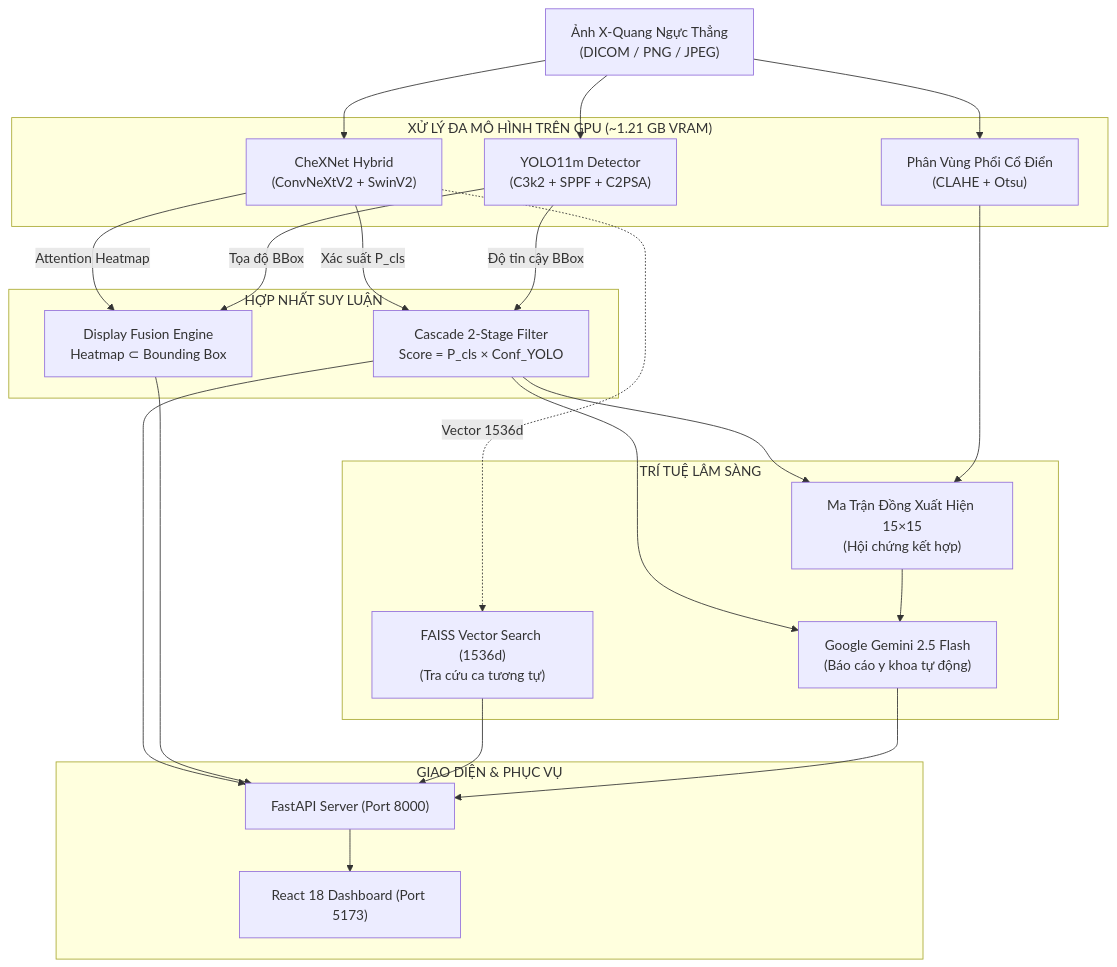
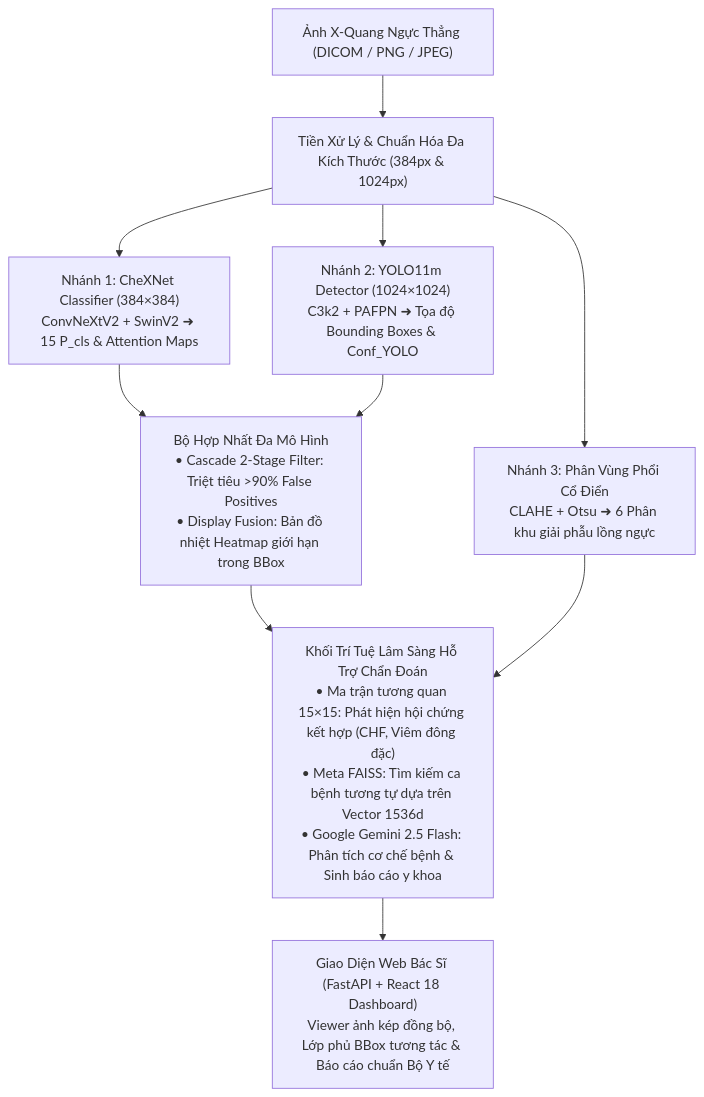
The first of 6 diagrams in README.md (lecuong2512/CheXNet), drawn with Mermaid before and after one commit. The commit also changed other lines of this file, not shown here.

Commit message:
docs: redraw 6 modular flowcharts without crossing arrows and fix formula rendering

````diff
--- a/README.md
+++ b/README.md
@@ -75,48 +75,16 @@
 ```mermaid
 flowchart TB
-    IN["Ảnh X-Quang Ngực Thẳng<br/>(DICOM / PNG / JPEG)"]
-    
-    subgraph INFERENCE["XỬ LÝ ĐA MÔ HÌNH TRÊN GPU (~1.21 GB VRAM)"]
-        CHEX["CheXNet Hybrid<br/>(ConvNeXtV2 + SwinV2)"]
-        YOLO["YOLO11m Detector<br/>(C3k2 + SPPF + C2PSA)"]
-        OTSU["Phân Vùng Phổi Cổ Điển<br/>(CLAHE + Otsu)"]
-    end
+    IN["Ảnh X-Quang Ngực Thẳng (DICOM / PNG / JPEG)"] --> PRE["Tiền Xử Lý & Chuẩn Hóa Đa Kích Thước (384px & 1024px)"]
 
-    subgraph FUSION["HỢP NHẤT SUY LUẬN"]
-        CASCADE["Cascade 2-Stage Filter<br/>Score = P_cls × Conf_YOLO"]
-        DISPLAY["Display Fusion Engine<br/>Heatmap ⊂ Bounding Box"]
-    end
+    PRE --> CHEX["Nhánh 1: CheXNet Classifier (384×384)<br/>ConvNeXtV2 + SwinV2 ➜ 15 P_cls & Attention Maps"]
+    PRE --> YOLO["Nhánh 2: YOLO11m Detector (1024×1024)<br/>C3k2 + PAFPN ➜ Tọa độ Bounding Boxes & Conf_YOLO"]
+    PRE --> OTSU["Nhánh 3: Phân Vùng Phổi Cổ Điển<br/>CLAHE + Otsu ➜ 6 Phân khu giải phẫu lồng ngực"]
 
-    subgraph CLINICAL["TRÍ TUỆ LÂM SÀNG"]
-        COOC["Ma Trận Đồng Xuất Hiện 15×15<br/>(Hội chứng kết hợp)"]
-        CBIR["FAISS Vector Search (1536d)<br/>(Tra cứu ca tương tự)"]
-        GEMINI["Google Gemini 2.5 Flash<br/>(Báo cáo y khoa tự động)"]
-    end
+    CHEX --> FUSION["Bộ Hợp Nhất Đa Mô Hình<br/>• Cascade 2-Stage Filter: Triệt tiêu >90% False Positives<br/>• Display Fusion: Bản đồ nhiệt Heatmap giới hạn trong BBox"]
+    YOLO --> FUSION
 
-    subgraph SERVING["GIAO DIỆN & PHỤC VỤ"]
-        API["FastAPI Server (Port 8000)"]
-        UI["React 18 Dashboard (Port 5173)"]
-    end
+    FUSION --> CLINICAL["Khối Trí Tuệ Lâm Sàng Hỗ Trợ Chẩn Đoán<br/>• Ma trận tương quan 15×15: Phát hiện hội chứng kết hợp (CHF, Viêm đông đặc)<br/>• Meta FAISS: Tìm kiếm ca bệnh tương tự dựa trên Vector 1536d<br/>• Google Gemini 2.5 Flash: Phân tích cơ chế bệnh & Sinh báo cáo y khoa"]
+    OTSU --> CLINICAL
 
-    IN --> CHEX
-    IN --> YOLO
-    IN --> OTSU
-
-    CHEX -->|Xác suất P_cls| CASCADE
-    YOLO -->|Độ tin cậy BBox| CASCADE
-
-    CHEX -->|Attention Heatmap| DISPLAY
-    YOLO -->|Tọa độ BBox| DISPLAY
-
-    CASCADE --> COOC
-    OTSU --> COOC
-    CHEX -.->|Vector 1536d| CBIR
-    CASCADE --> GEMINI
-    COOC --> GEMINI
-
-    CASCADE --> API
-    DISPLAY --> API
-    CBIR --> API
-    GEMINI --> API
-    API --> UI
+    CLINICAL --> WEB["Giao Diện Web Bác Sĩ (FastAPI + React 18 Dashboard)<br/>Viewer ảnh kép đồng bộ, Lớp phủ BBox tương tác & Báo cáo chuẩn Bộ Y tế"]
 ```
````
